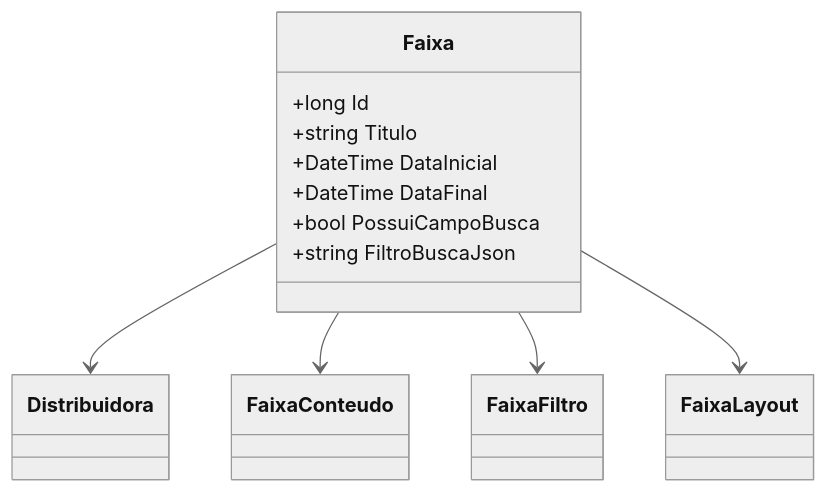
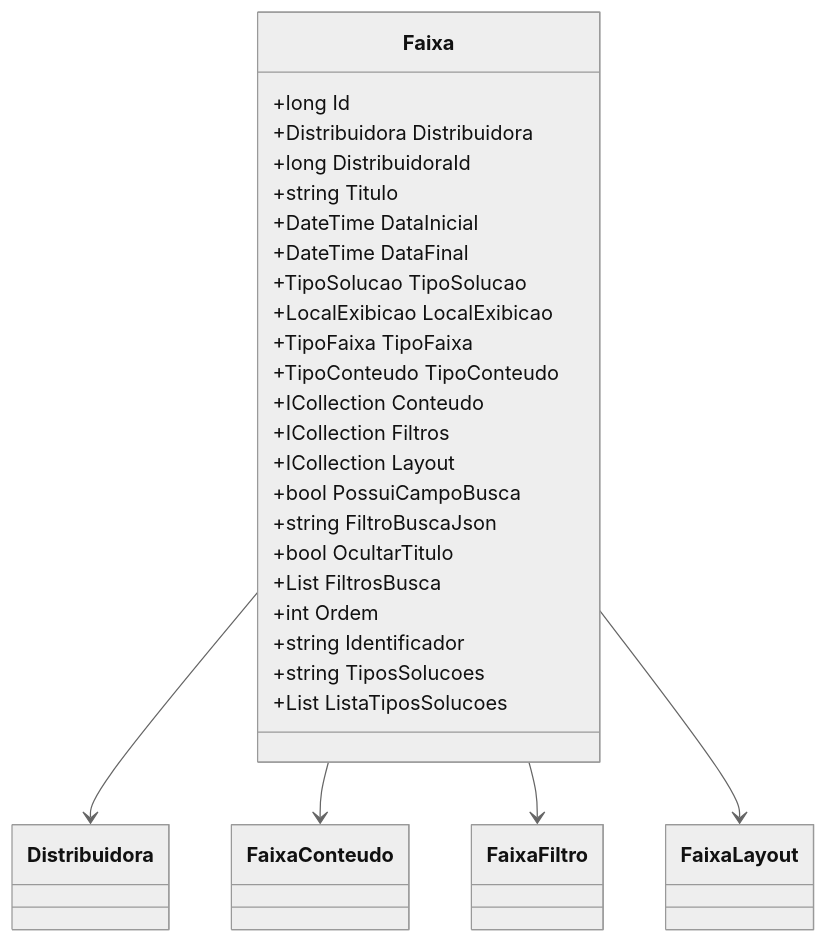
The third of 3 diagrams in docs/b2b-dominio/IsthmusWinthor.Nucleo/IsthmusWinthor.Dominio/Entidades/Faixa.md (IsthmusSistemas/documentacao-tecnica), drawn with Mermaid (neutral theme) before and after one commit. The commit also changed other lines of this file and 882 other files, not shown here.

````diff
--- a/docs/b2b-dominio/IsthmusWinthor.Nucleo/IsthmusWinthor.Dominio/Entidades/Faixa.md
+++ b/docs/b2b-dominio/IsthmusWinthor.Nucleo/IsthmusWinthor.Dominio/Entidades/Faixa.md
@@ -65,15 +74,31 @@
 ```mermaid
 classDiagram
     class Faixa {
         +long Id
+        +Distribuidora Distribuidora
+        +long DistribuidoraId
         +string Titulo
         +DateTime DataInicial
         +DateTime DataFinal
+        +TipoSolucao TipoSolucao
+        +LocalExibicao LocalExibicao
+        +TipoFaixa TipoFaixa
+        +TipoConteudo TipoConteudo
+        +ICollection<FaixaConteudo> Conteudo
+        +ICollection<FaixaFiltro> Filtros
+        +ICollection<FaixaLayout> Layout
         +bool PossuiCampoBusca
         +string FiltroBuscaJson
+        +bool OcultarTitulo
+        +List<FiltroBusca> FiltrosBusca
+        +int Ordem
+        +string Identificador
+        +string TiposSolucoes
+        +List<TipoSolucao> ListaTiposSolucoes
     }
+    
     Faixa --> Distribuidora
     Faixa --> FaixaConteudo
     Faixa --> FaixaFiltro
     Faixa --> FaixaLayout
 ```
````
